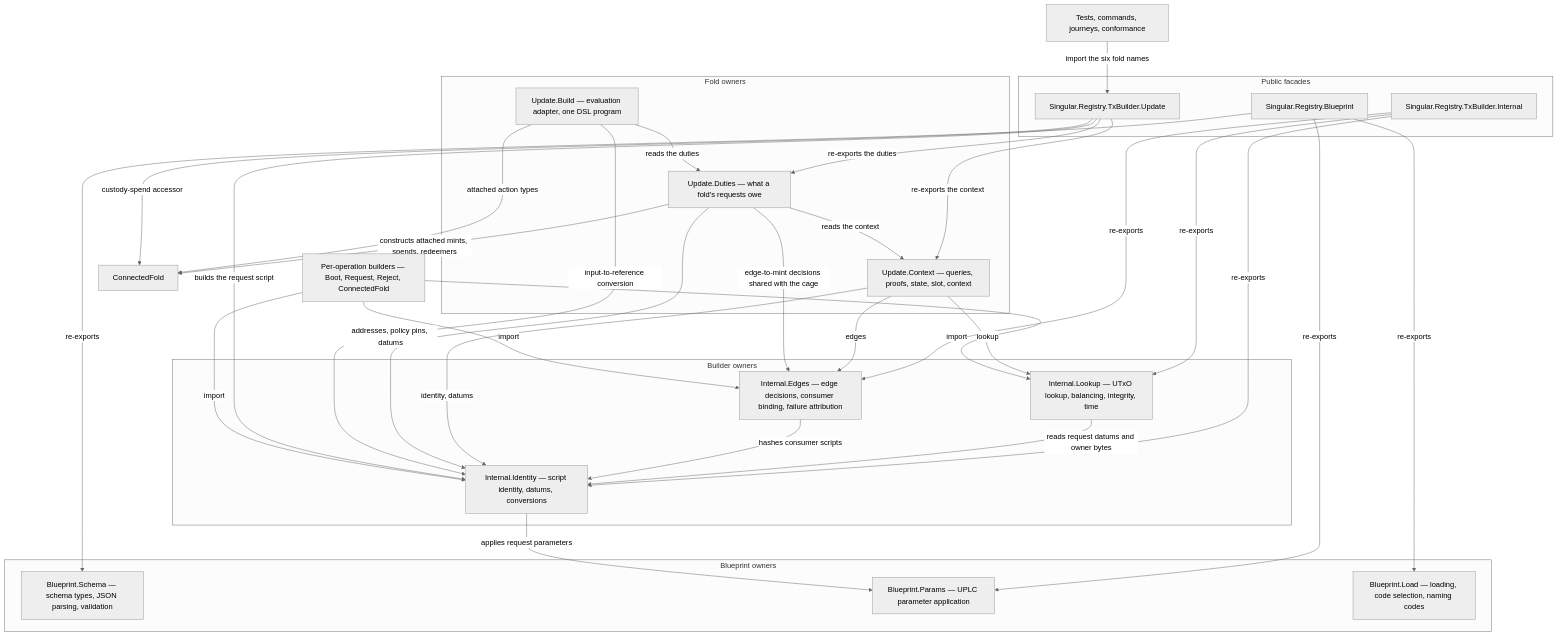
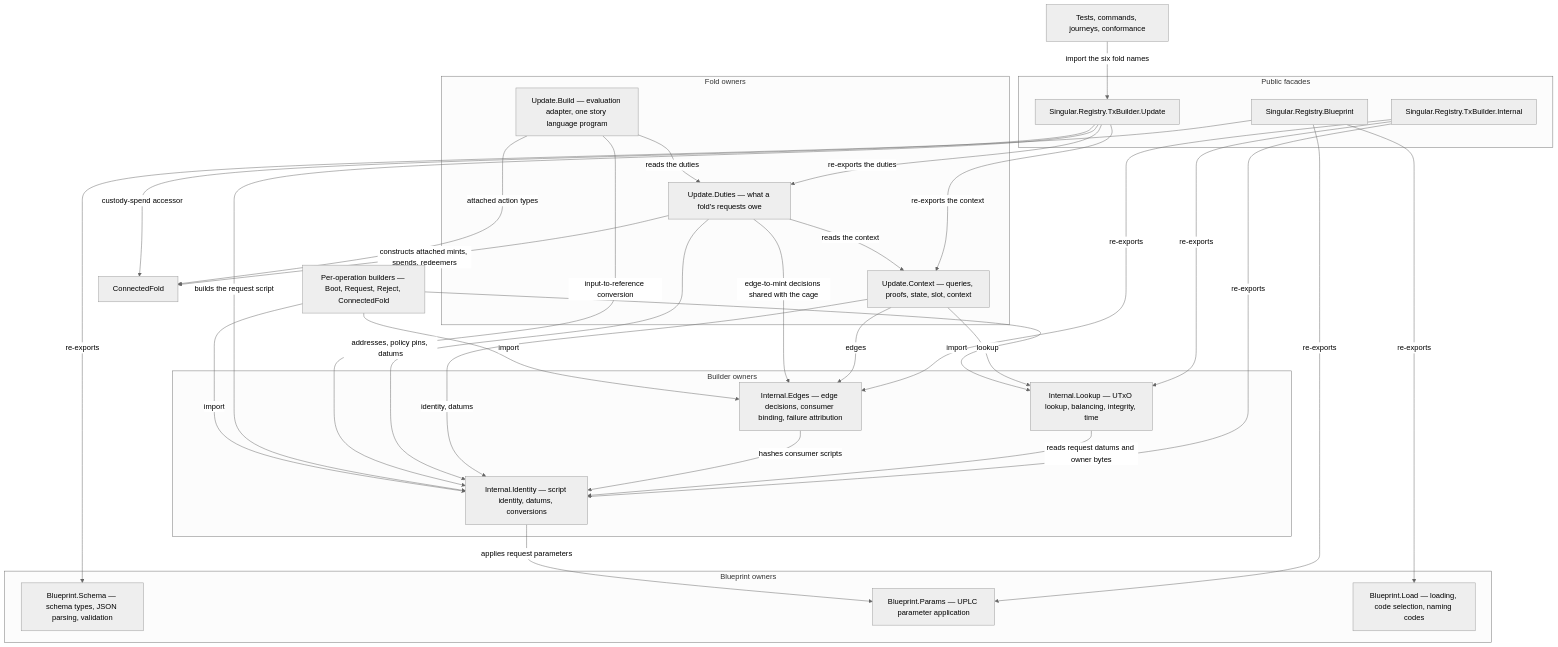
The diagram in docs/offchain-builder-blueprint.md (lambdasistemi/singular), drawn with Mermaid (neutral theme) before and after one commit. The commit also changed other lines of this file and 497 other files, not shown here.

````diff
--- a/docs/offchain-builder-blueprint.md
+++ b/docs/offchain-builder-blueprint.md
@@ -13,51 +13,51 @@
 ```mermaid
 flowchart TD
     subgraph Public facades
         BP[Singular.Registry.Blueprint]
         TI[Singular.Registry.TxBuilder.Internal]
         UF[Singular.Registry.TxBuilder.Update]
     end
     subgraph Blueprint owners
         BS[Blueprint.Schema — schema types, JSON parsing, validation]
         BA[Blueprint.Params — UPLC parameter application]
         BL[Blueprint.Load — loading, code selection, naming codes]
     end
     subgraph Builder owners
         BI[Internal.Identity — script identity, datums, conversions]
         BU[Internal.Lookup — UTxO lookup, balancing, integrity, time]
         BE[Internal.Edges — edge decisions, consumer binding, failure attribution]
     end
     subgraph Fold owners
         UC[Update.Context — queries, proofs, state, slot, context]
         UD[Update.Duties — what a fold's requests owe]
-        UB[Update.Build — evaluation adapter, one DSL program]
+        UB[Update.Build — evaluation adapter, one story language program]
     end
     BP -->|re-exports| BS
     BP -->|re-exports| BA
     BP -->|re-exports| BL
     TI -->|re-exports| BI
     TI -->|re-exports| BU
     TI -->|re-exports| BE
     UF -->|re-exports the context| UC
     UF -->|re-exports the duties| UD
     BI -->|applies request parameters| BA
     BU -->|reads request datums and owner bytes| BI
     BE -->|hashes consumer scripts| BI
     UC -->|identity, datums| BI
     UC -->|lookup| BU
     UC -->|edges| BE
     UD -->|reads the context| UC
     UD -->|edge-to-mint decisions shared with the cage| BE
     UD -->|addresses, policy pins, datums| BI
     UD -->|constructs attached mints, spends, redeemers| CF[ConnectedFold]
     UB -->|reads the duties| UD
     UB -->|input-to-reference conversion| BI
     UB -->|attached action types| CF
     UF -->|builds the request script| BI
     UF -->|custody-spend accessor| CF
     Builders[Per-operation builders — Boot, Request, Reject, ConnectedFold]
     Builders -->|import| BI
     Builders -->|import| BU
     Builders -->|import| BE
     Callers[Tests, commands, journeys, conformance] -->|import the six fold names| UF
 ```
````
